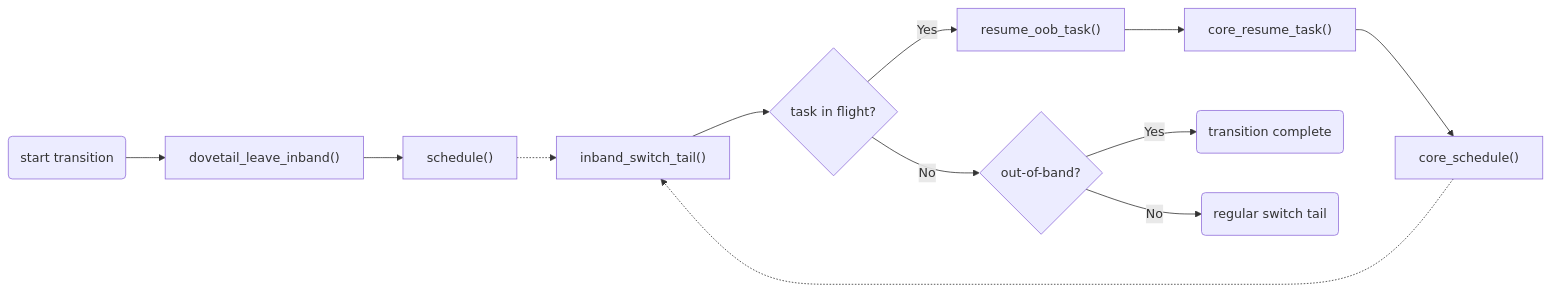
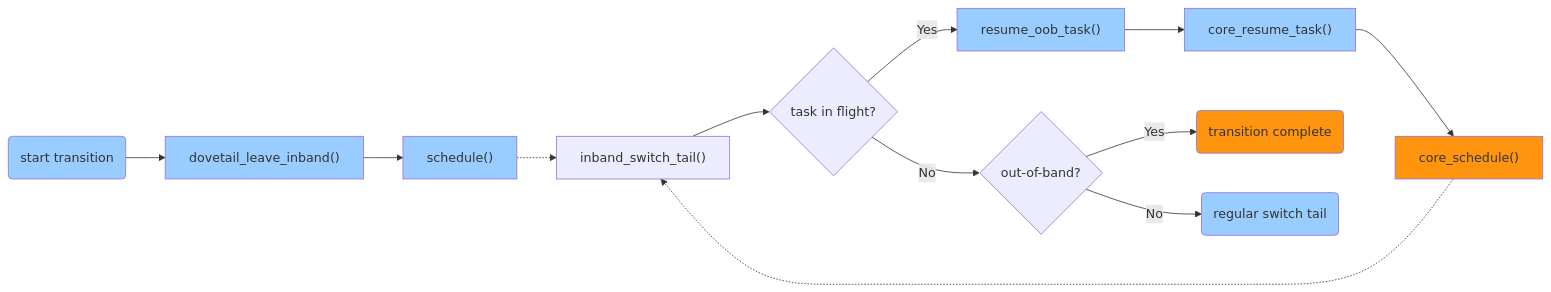
One commit to The-going/evlproject changed the first of 4 diagrams in content/dovetail/altsched/_index.md. Above: the diagram before and after it, drawn with Mermaid. The commit also changed other lines of this file and 4 other files, not shown here.

```diff
--- a/content/dovetail/altsched/_index.md
+++ b/content/dovetail/altsched/_index.md
@@ -206,14 +206,22 @@
 {{<mermaid align="left">}}
 graph LR;
     S("start transition") --> A
+    style S fill:#99ccff;
     A["dovetail_leave_inband()"] --> B["schedule()"]
+    style A fill:#99ccff;
+    style B fill:#99ccff;
     B -.-> C["inband_switch_tail()"]
     C --> D{task in flight?}
     D -->|Yes| E["resume_oob_task()"]
+    style E fill:#99ccff;
     D -->|No| F{out-of-band?}
     E --> G["core_resume_task()"]
+    style G fill:#99ccff;
     G --> H["core_schedule()"]
+    style H fill:#ff950e;
     F -->|Yes| I(transition complete)
+    style I fill:#ff950e;
     F -->|No| J(regular switch tail)
+    style J fill:#99ccff;
     H -.-> C
 {{< /mermaid >}}
```
